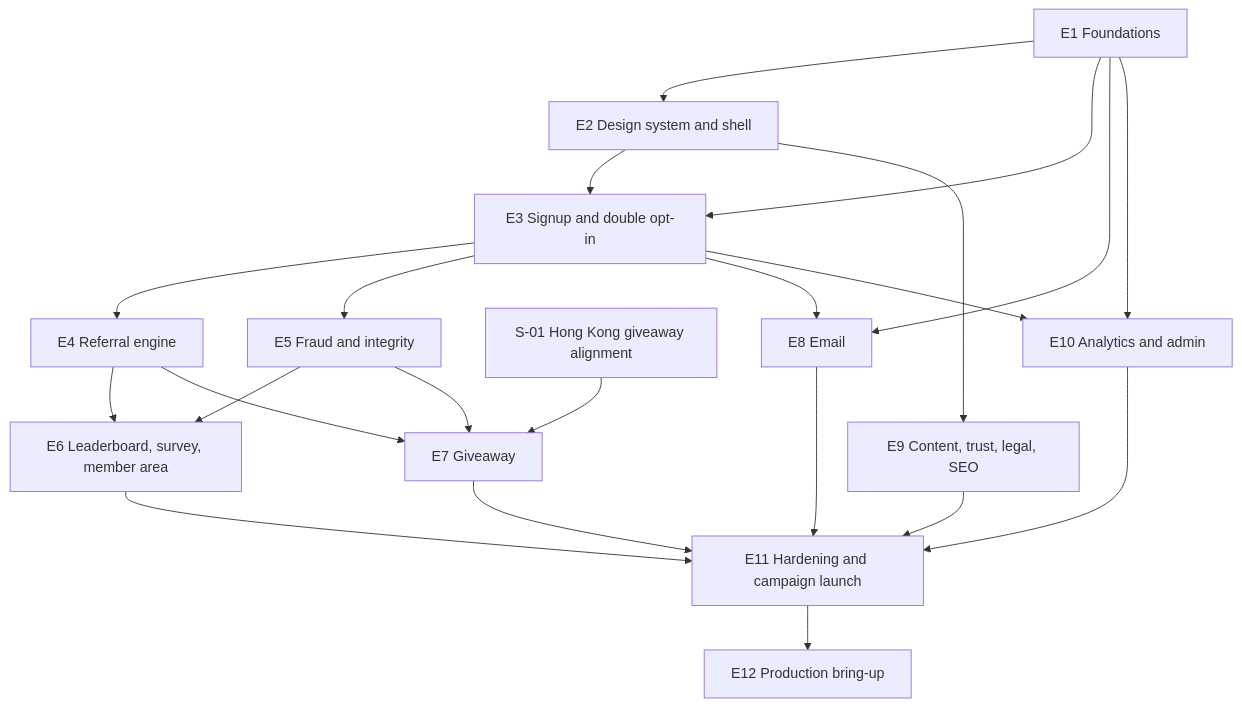
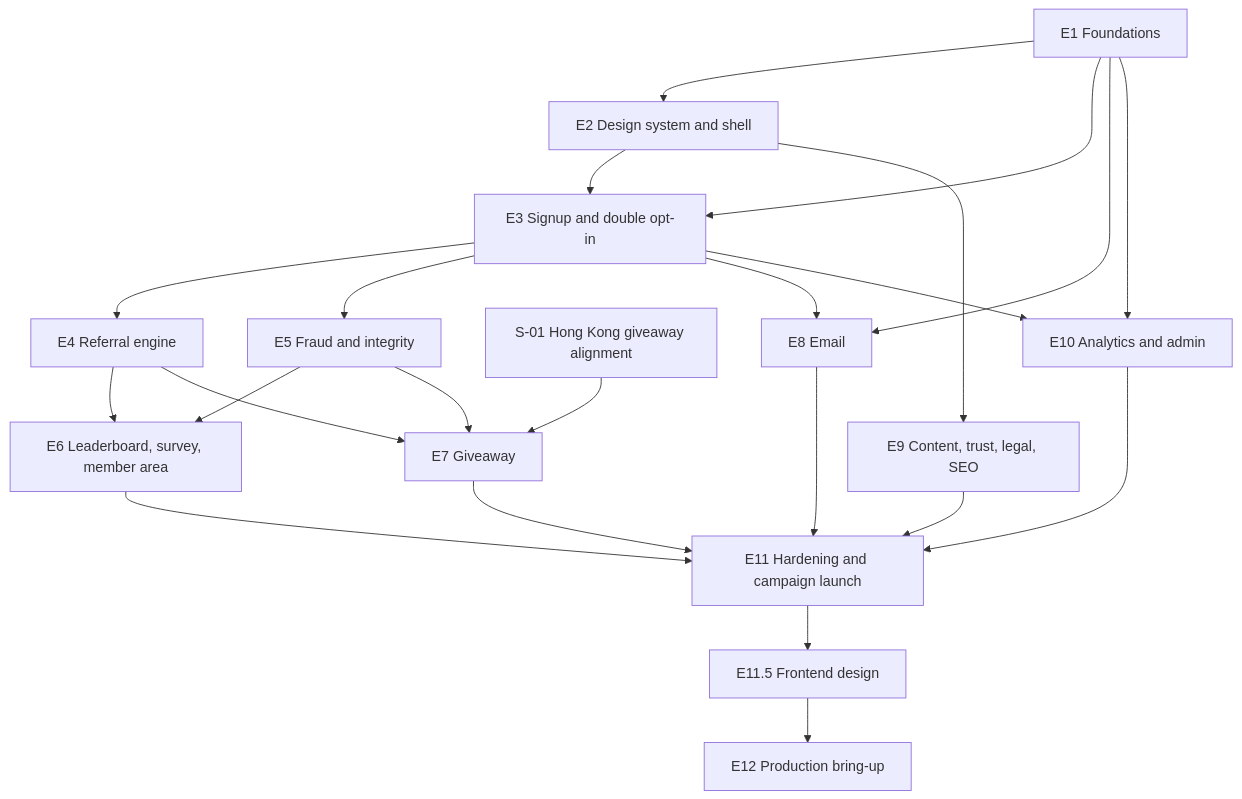
Before and after one commit to BorisLovrenovic/valstara-prelaunch: the diagram in docs/plan/development-plan.md, drawn with Mermaid. The commit also changed other lines of this file and 23 other files, not shown here.

````diff
--- a/docs/plan/development-plan.md
+++ b/docs/plan/development-plan.md
@@ -132,24 +135,25 @@
 ```mermaid
 flowchart TD
   E1[E1 Foundations] --> E2[E2 Design system and shell]
   E1 --> E3[E3 Signup and double opt-in]
   E2 --> E3
   E3 --> E4[E4 Referral engine]
   E3 --> E5[E5 Fraud and integrity]
   E4 --> E6[E6 Leaderboard, survey, member area]
   E5 --> E6
   S01[S-01 Hong Kong giveaway alignment] --> E7
   E4 --> E7[E7 Giveaway]
   E5 --> E7
   E1 --> E8[E8 Email]
   E3 --> E8
   E2 --> E9[E9 Content, trust, legal, SEO]
   E1 --> E10[E10 Analytics and admin]
   E3 --> E10
   E6 --> E11[E11 Hardening and campaign launch]
   E7 --> E11
   E8 --> E11
   E9 --> E11
   E10 --> E11
-  E11 --> E12[E12 Production bring-up]
+  E11 --> E115[E11.5 Frontend design]
+  E115 --> E12[E12 Production bring-up]
 ```
````
